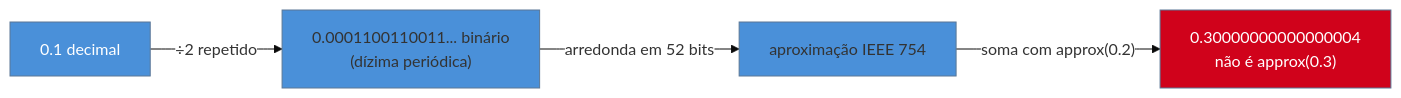
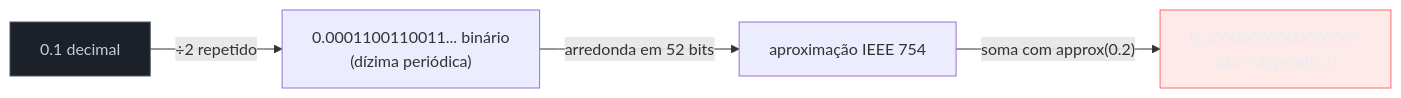
Before and after one commit to josenaldo/codex-technomanticus: the first of 5 diagrams in 03-Dominios/Tecnologia/JavaScript/25 - Armadilhas e quirks.md, drawn with Mermaid. The commit also changed other lines of this file and 1181 other files, not shown here.

First line of the commit message:
fix(diagramas): paleta do sistema no lugar de cor cravada no markdown

````diff
--- a/03-Dominios/Tecnologia/JavaScript/25 - Armadilhas e quirks.md
+++ b/03-Dominios/Tecnologia/JavaScript/25 - Armadilhas e quirks.md
@@ -135,9 +135,10 @@
 ```mermaid
-%%{init: {"theme": "base", "themeVariables": {"primaryColor": "#4A90D9", "edgeLabelBackground": "#ffffff"}}}%%
 graph LR
+    classDef neutro fill:#1B2029,stroke:#4E5666,color:#C6CCD8
+    classDef falha fill:#FF6B6B24,stroke:#FF6B6B,color:#E9ECF2
     A["0.1 decimal"] -->|"÷2 repetido"| B["0.0001100110011... binário\n(dízima periódica)"]
     B -->|"arredonda em 52 bits"| C["aproximação IEEE 754"]
     C -->|"soma com approx(0.2)"| D["0.30000000000000004\nnão é approx(0.3)"]
-    style A fill:#4A90D9,color:#fff
-    style D fill:#D0021B,color:#fff
+    class A neutro
+    class D falha
 ```
````
